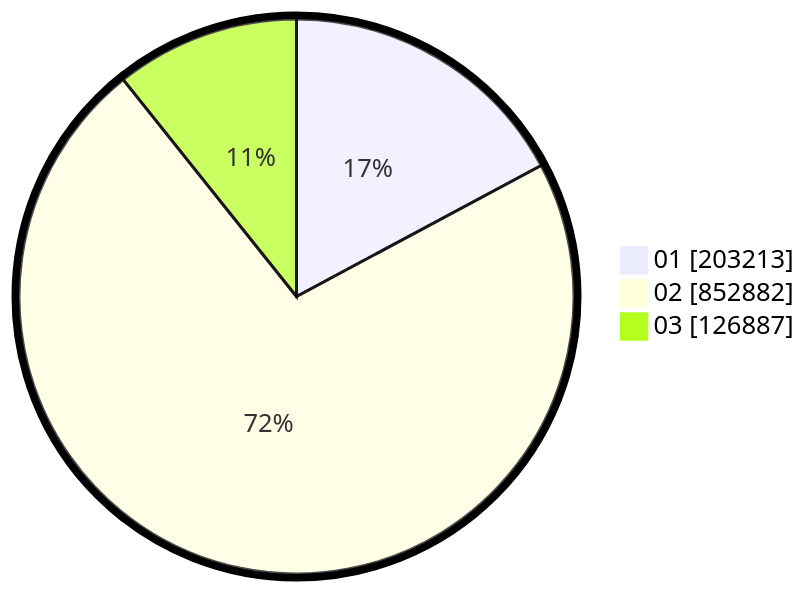
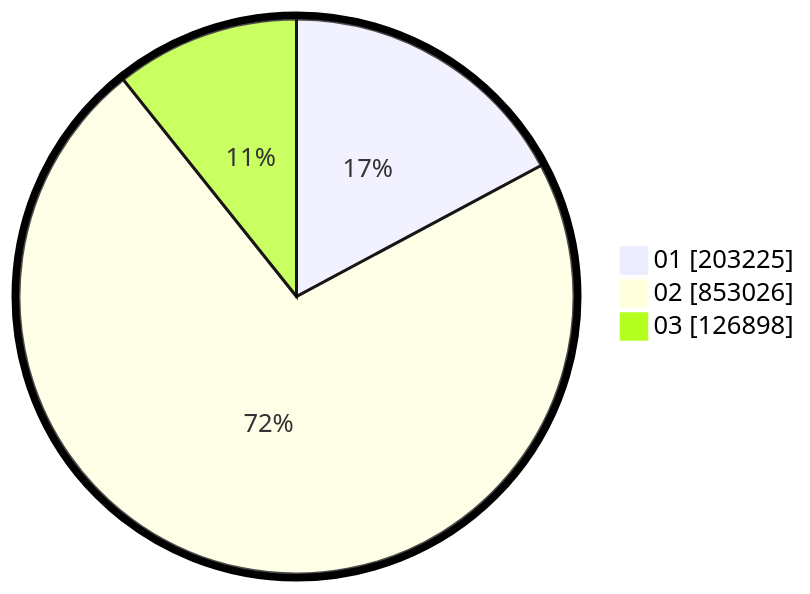
Before and after one commit to gigit-pemilu/pemilu-2024: the second of 2 diagrams in pilpres/hitung-suara/sub/table-wilayah-62.md, drawn with Mermaid. The commit also changed other lines of this file and 11 other files, not shown here.

````diff
--- a/pilpres/hitung-suara/sub/table-wilayah-62.md
+++ b/pilpres/hitung-suara/sub/table-wilayah-62.md
@@ -15,7 +15,7 @@
 ```mermaid
 %%{init: {"pie": {"textPosition": 0.5}, "themeVariables": {"pieOuterStrokeWidth": "5px"}} }%%
 pie showData
-    "01" : 203213
-    "02" : 852882
-    "03" : 126887
+    "01" : 203225
+    "02" : 853026
+    "03" : 126898
 ```
````
